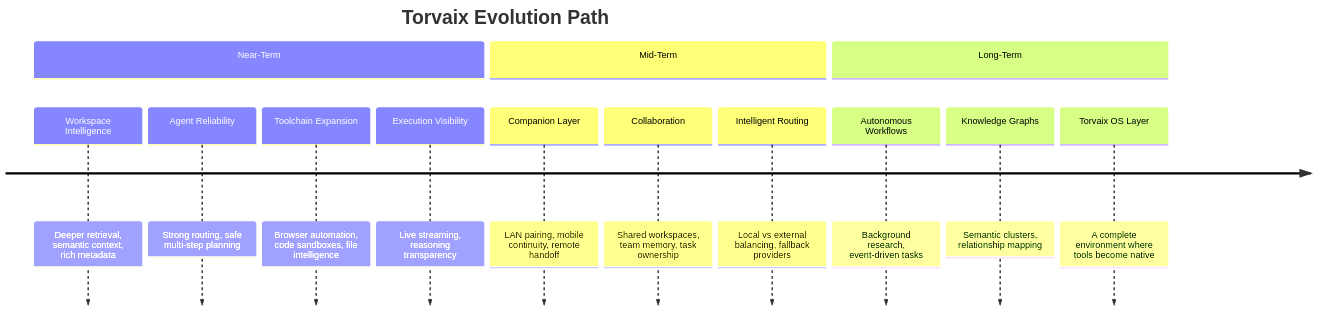
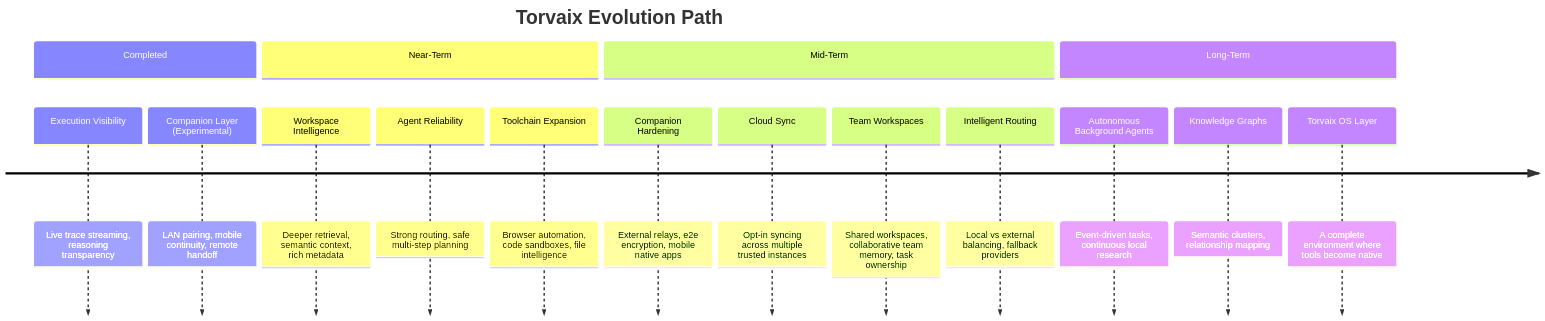
One commit to Yashasm18/Torvaix changed the first of 2 diagrams in ROADMAP.md. Above: the diagram before and after it, drawn with Mermaid. The commit also changed other lines of this file and 32 other files, not shown here.

````diff
--- a/ROADMAP.md
+++ b/ROADMAP.md
@@ -14,17 +14,20 @@
 ```mermaid
 timeline
     title Torvaix Evolution Path
+    section Completed
+        Execution Visibility : Live trace streaming, reasoning transparency
+        Companion Layer (Experimental) : LAN pairing, mobile continuity, remote handoff
     section Near-Term
         Workspace Intelligence : Deeper retrieval, semantic context, rich metadata
         Agent Reliability : Strong routing, safe multi-step planning
         Toolchain Expansion : Browser automation, code sandboxes, file intelligence
-        Execution Visibility : Live streaming, reasoning transparency
     section Mid-Term
-        Companion Layer : LAN pairing, mobile continuity, remote handoff
-        Collaboration : Shared workspaces, team memory, task ownership
+        Companion Hardening : External relays, e2e encryption, mobile native apps
+        Cloud Sync : Opt-in syncing across multiple trusted instances
+        Team Workspaces : Shared workspaces, collaborative team memory, task ownership
         Intelligent Routing : Local vs external balancing, fallback providers
     section Long-Term
-        Autonomous Workflows : Background research, event-driven tasks
+        Autonomous Background Agents : Event-driven tasks, continuous local research
         Knowledge Graphs : Semantic clusters, relationship mapping
         Torvaix OS Layer : A complete environment where tools become native
 ```
````
